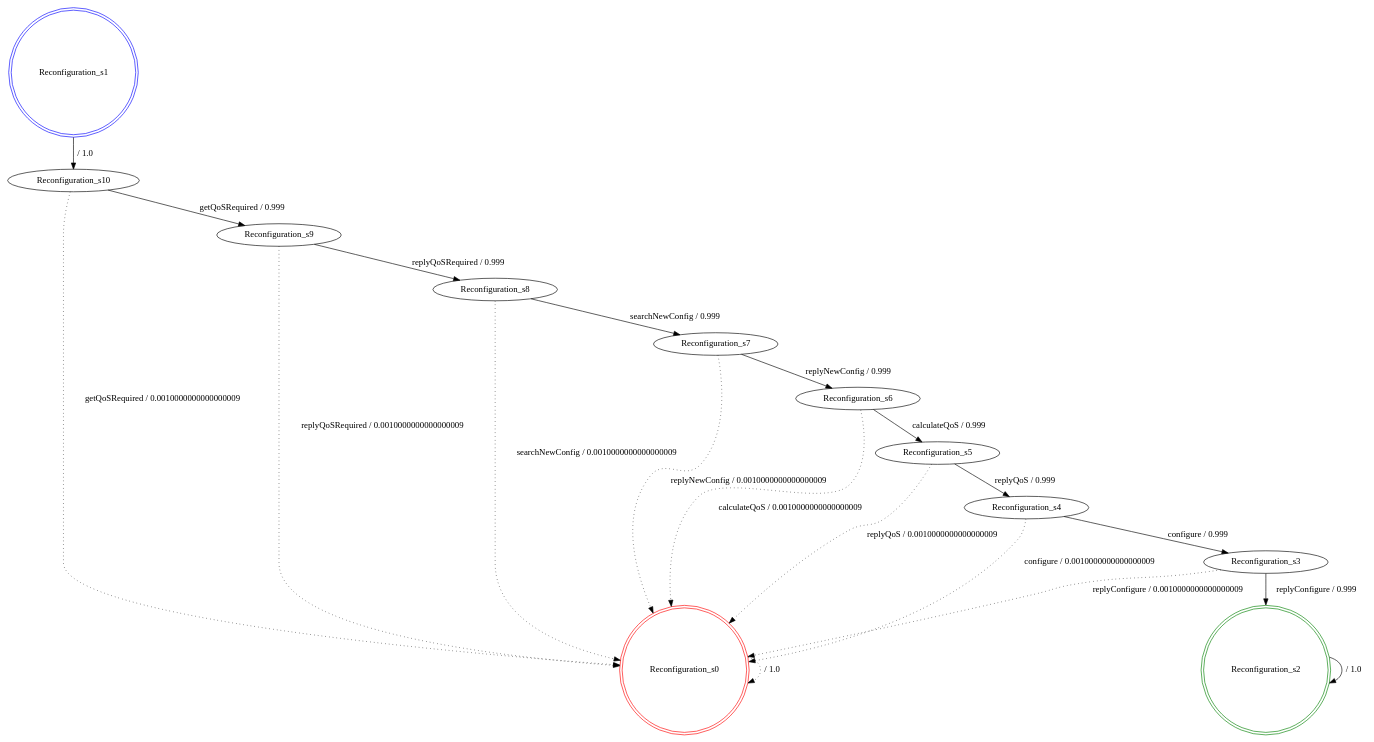
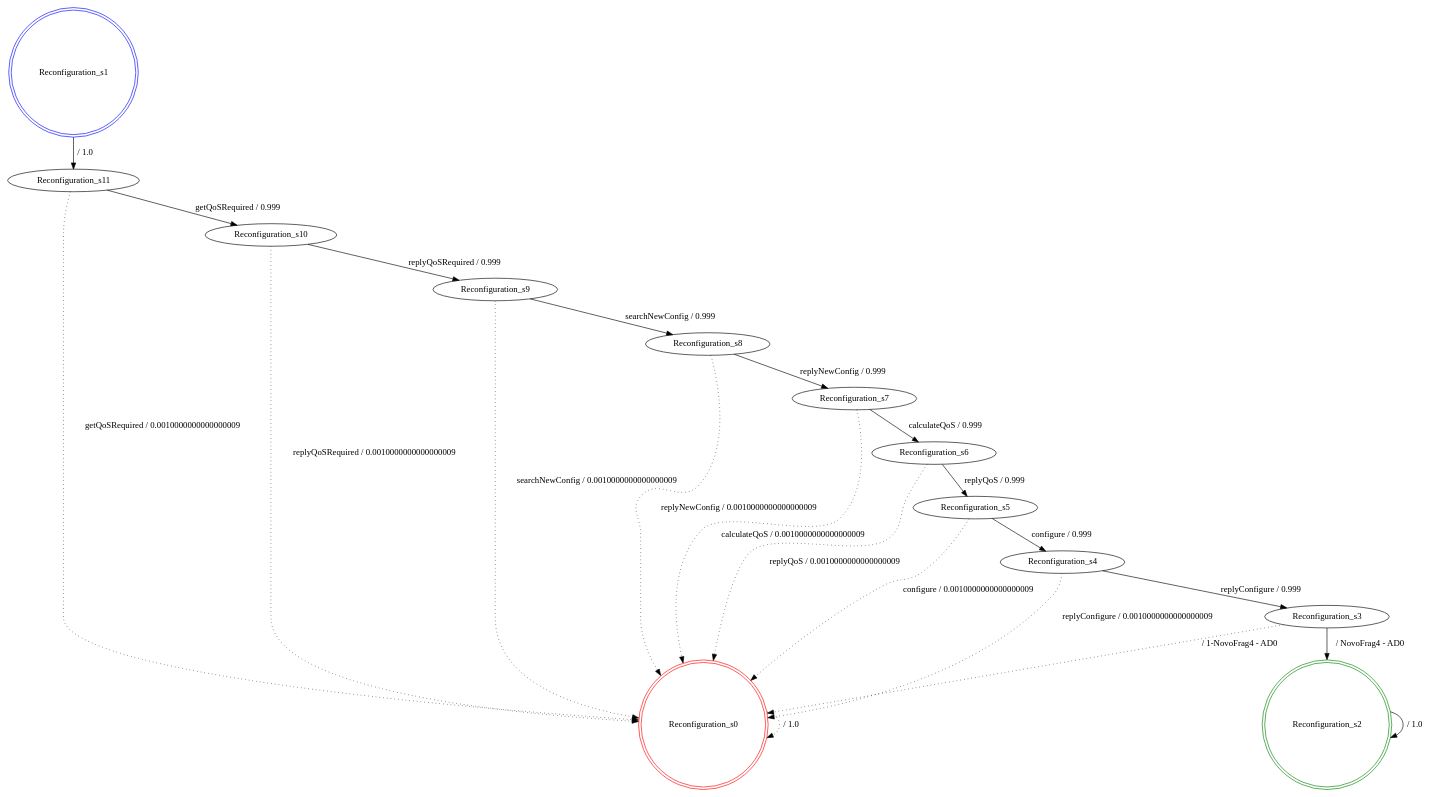
The diagram in src/generatedModels/1/fdtmc_Reconfiguration.dot (SPLMC/spl-generator), drawn with Graphviz before and after one commit. The commit also changed 44 other files, not shown here.

```diff
--- a/src/generatedModels/1/fdtmc_Reconfiguration.dot
+++ b/src/generatedModels/1/fdtmc_Reconfiguration.dot
@@ -1,32 +1,35 @@
 digraph graphname {
 Reconfiguration_s0 [label="Reconfiguration_s0",color=red,shape=doublecircle ];
 Reconfiguration_s1 [label="Reconfiguration_s1",color=blue,shape=doublecircle ];
 Reconfiguration_s2 [label="Reconfiguration_s2",color=green,shape=doublecircle ];
 Reconfiguration_s3 [label="Reconfiguration_s3" ];
 Reconfiguration_s4 [label="Reconfiguration_s4" ];
 Reconfiguration_s5 [label="Reconfiguration_s5" ];
 Reconfiguration_s6 [label="Reconfiguration_s6" ];
 Reconfiguration_s7 [label="Reconfiguration_s7" ];
 Reconfiguration_s8 [label="Reconfiguration_s8" ];
 Reconfiguration_s9 [label="Reconfiguration_s9" ];
 Reconfiguration_s10 [label="Reconfiguration_s10" ];
+Reconfiguration_s11 [label="Reconfiguration_s11" ];
 Reconfiguration_s0 -> Reconfiguration_s0 [label=" / 1.0", style=dotted];
-Reconfiguration_s1 -> Reconfiguration_s10 [label=" / 1.0"];
+Reconfiguration_s1 -> Reconfiguration_s11 [label=" / 1.0"];
 Reconfiguration_s2 -> Reconfiguration_s2 [label=" / 1.0"];
-Reconfiguration_s3 -> Reconfiguration_s2 [label="replyConfigure / 0.999"];
-Reconfiguration_s3 -> Reconfiguration_s0 [label="replyConfigure / 0.0010000000000000009", style=dotted];
-Reconfiguration_s4 -> Reconfiguration_s3 [label="configure / 0.999"];
-Reconfiguration_s4 -> Reconfiguration_s0 [label="configure / 0.0010000000000000009", style=dotted];
-Reconfiguration_s5 -> Reconfiguration_s4 [label="replyQoS / 0.999"];
-Reconfiguration_s5 -> Reconfiguration_s0 [label="replyQoS / 0.0010000000000000009", style=dotted];
-Reconfiguration_s6 -> Reconfiguration_s5 [label="calculateQoS / 0.999"];
-Reconfiguration_s6 -> Reconfiguration_s0 [label="calculateQoS / 0.0010000000000000009", style=dotted];
-Reconfiguration_s7 -> Reconfiguration_s6 [label="replyNewConfig / 0.999"];
-Reconfiguration_s7 -> Reconfiguration_s0 [label="replyNewConfig / 0.0010000000000000009", style=dotted];
-Reconfiguration_s8 -> Reconfiguration_s7 [label="searchNewConfig / 0.999"];
-Reconfiguration_s8 -> Reconfiguration_s0 [label="searchNewConfig / 0.0010000000000000009", style=dotted];
-Reconfiguration_s9 -> Reconfiguration_s8 [label="replyQoSRequired / 0.999"];
-Reconfiguration_s9 -> Reconfiguration_s0 [label="replyQoSRequired / 0.0010000000000000009", style=dotted];
-Reconfiguration_s10 -> Reconfiguration_s9 [label="getQoSRequired / 0.999"];
-Reconfiguration_s10 -> Reconfiguration_s0 [label="getQoSRequired / 0.0010000000000000009", style=dotted];
+Reconfiguration_s3 -> Reconfiguration_s2 [label=" / NovoFrag4 - AD0"];
+Reconfiguration_s3 -> Reconfiguration_s0 [label=" / 1-NovoFrag4 - AD0", style=dotted];
+Reconfiguration_s4 -> Reconfiguration_s3 [label="replyConfigure / 0.999"];
+Reconfiguration_s4 -> Reconfiguration_s0 [label="replyConfigure / 0.0010000000000000009", style=dotted];
+Reconfiguration_s5 -> Reconfiguration_s4 [label="configure / 0.999"];
+Reconfiguration_s5 -> Reconfiguration_s0 [label="configure / 0.0010000000000000009", style=dotted];
+Reconfiguration_s6 -> Reconfiguration_s5 [label="replyQoS / 0.999"];
+Reconfiguration_s6 -> Reconfiguration_s0 [label="replyQoS / 0.0010000000000000009", style=dotted];
+Reconfiguration_s7 -> Reconfiguration_s6 [label="calculateQoS / 0.999"];
+Reconfiguration_s7 -> Reconfiguration_s0 [label="calculateQoS / 0.0010000000000000009", style=dotted];
+Reconfiguration_s8 -> Reconfiguration_s7 [label="replyNewConfig / 0.999"];
+Reconfiguration_s8 -> Reconfiguration_s0 [label="replyNewConfig / 0.0010000000000000009", style=dotted];
+Reconfiguration_s9 -> Reconfiguration_s8 [label="searchNewConfig / 0.999"];
+Reconfiguration_s9 -> Reconfiguration_s0 [label="searchNewConfig / 0.0010000000000000009", style=dotted];
+Reconfiguration_s10 -> Reconfiguration_s9 [label="replyQoSRequired / 0.999"];
+Reconfiguration_s10 -> Reconfiguration_s0 [label="replyQoSRequired / 0.0010000000000000009", style=dotted];
+Reconfiguration_s11 -> Reconfiguration_s10 [label="getQoSRequired / 0.999"];
+Reconfiguration_s11 -> Reconfiguration_s0 [label="getQoSRequired / 0.0010000000000000009", style=dotted];
 }
```
